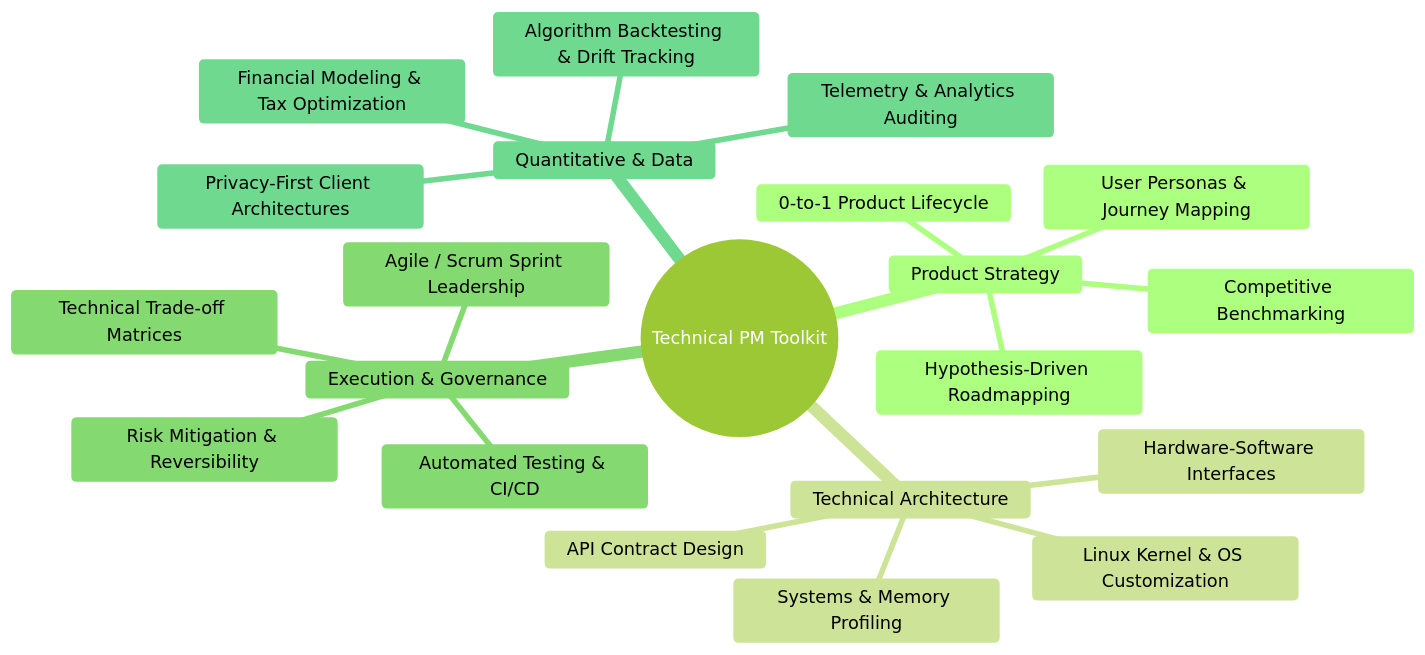
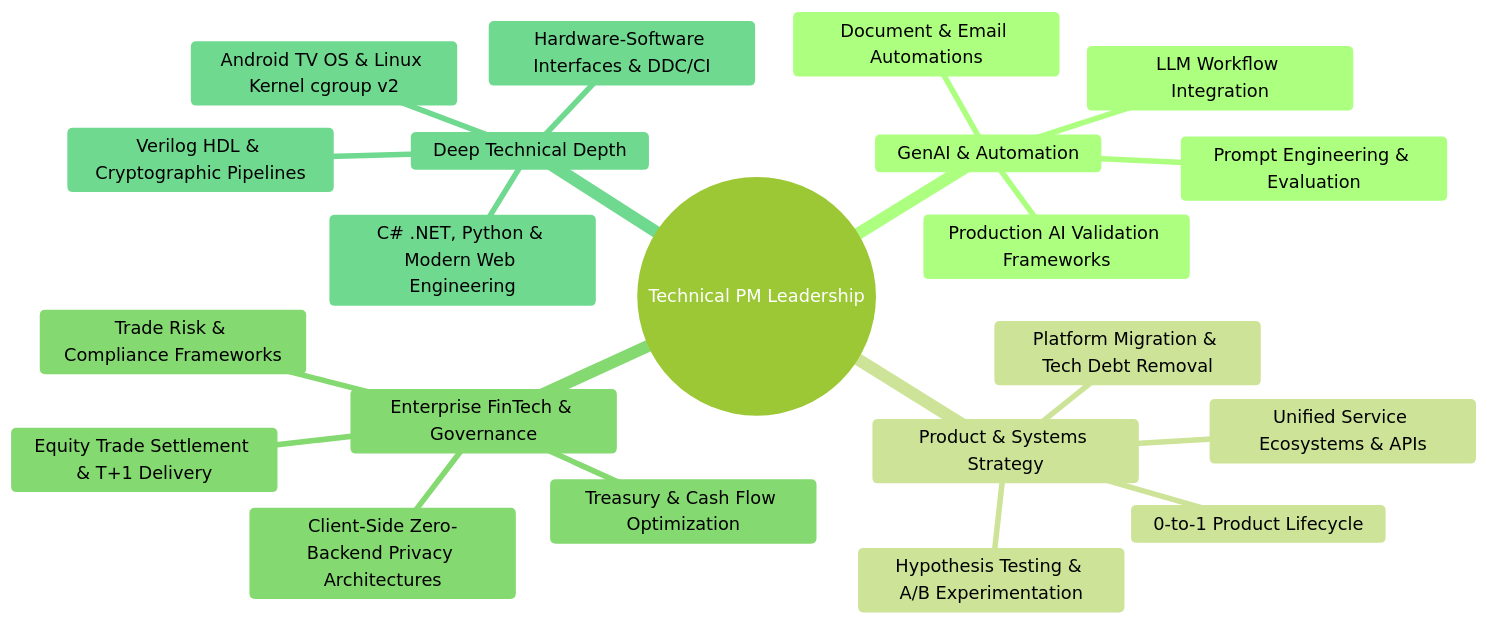
Before and after one commit to kshitij-garg/kshitij-garg: the diagram in README.md, drawn with Mermaid (forest theme). The commit also changed other lines of this file, not shown here.

Commit message:
Tailor profile to Lead Technical Project & Product Manager with chronological project timeline

````diff
--- a/README.md
+++ b/README.md
@@ -36,24 +38,24 @@
 ```mermaid
 mindmap
-  root((Technical PM Toolkit))
-    Product Strategy
+  root((Technical PM Leadership))
+    GenAI & Automation
+      LLM Workflow Integration
+      Document & Email Automations
+      Prompt Engineering & Evaluation
+      Production AI Validation Frameworks
+    Product & Systems Strategy
       0-to-1 Product Lifecycle
-      User Personas & Journey Mapping
-      Competitive Benchmarking
-      Hypothesis-Driven Roadmapping
-    Technical Architecture
-      Systems & Memory Profiling
-      Linux Kernel & OS Customization
-      Hardware-Software Interfaces
-      API Contract Design
-    Execution & Governance
-      Agile / Scrum Sprint Leadership
-      Technical Trade-off Matrices
-      Risk Mitigation & Reversibility
-      Automated Testing & CI/CD
-    Quantitative & Data
-      Financial Modeling & Tax Optimization
-      Algorithm Backtesting & Drift Tracking
-      Telemetry & Analytics Auditing
-      Privacy-First Client Architectures
+      Platform Migration & Tech Debt Removal
+      Unified Service Ecosystems & APIs
+      Hypothesis Testing & A/B Experimentation
+    Enterprise FinTech & Governance
+      Equity Trade Settlement & T+1 Delivery
+      Trade Risk & Compliance Frameworks
+      Treasury & Cash Flow Optimization
+      Client-Side Zero-Backend Privacy Architectures
+    Deep Technical Depth
+      Android TV OS & Linux Kernel cgroup v2
+      Hardware-Software Interfaces & DDC/CI
+      Verilog HDL & Cryptographic Pipelines
+      C# .NET, Python & Modern Web Engineering
 ```
````
